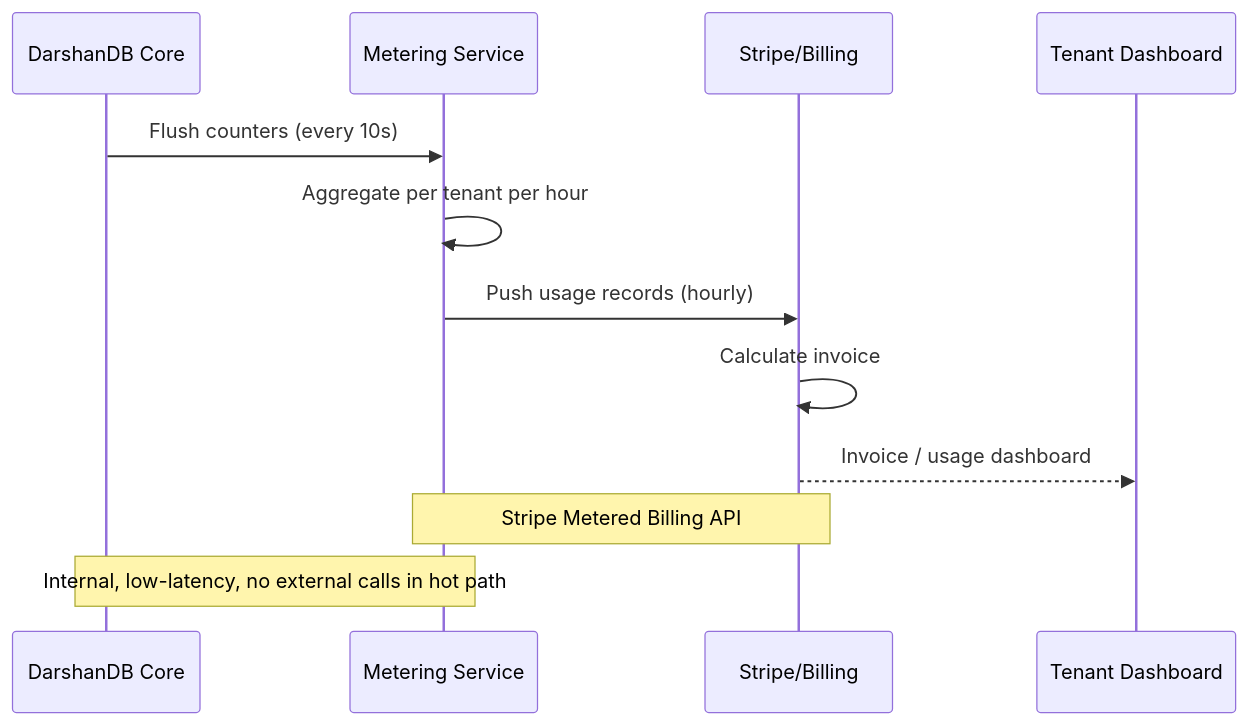
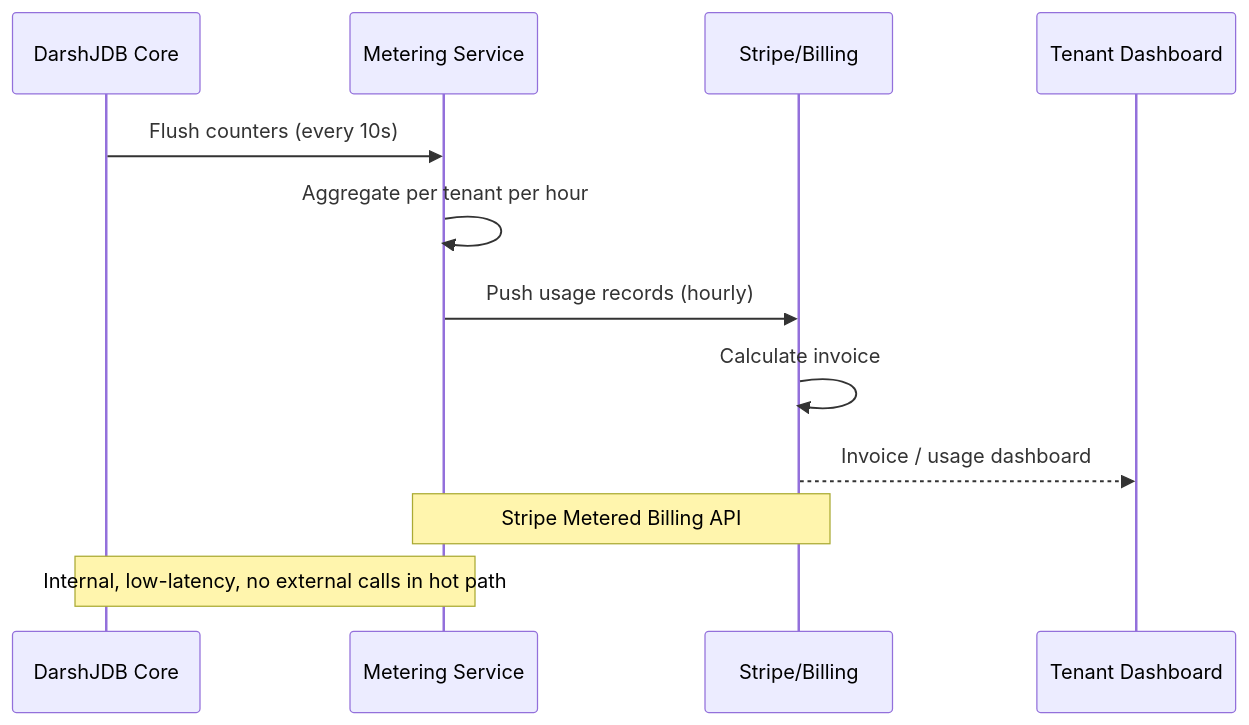
Before and after one commit to darshjme/darshjdb: the third of 12 diagrams in docs/strategy/ENTERPRISE_STRATEGY.md, drawn with Mermaid. The commit also changed other lines of this file and 107 other files, not shown here.

First line of the commit message:
rebrand: DarshanDB → DarshJDB (DDB)

````diff
--- a/docs/strategy/ENTERPRISE_STRATEGY.md
+++ b/docs/strategy/ENTERPRISE_STRATEGY.md
@@ -290,16 +290,16 @@
 ```mermaid
 sequenceDiagram
-    participant DB as DarshanDB Core
+    participant DB as DarshJDB Core
     participant M as Metering Service
     participant S as Stripe/Billing
     participant T as Tenant Dashboard
 
     DB->>M: Flush counters (every 10s)
     M->>M: Aggregate per tenant per hour
     M->>S: Push usage records (hourly)
     S->>S: Calculate invoice
     S-->>T: Invoice / usage dashboard
     
     Note over M,S: Stripe Metered Billing API
     Note over DB,M: Internal, low-latency, no external calls in hot path
 ```
````
